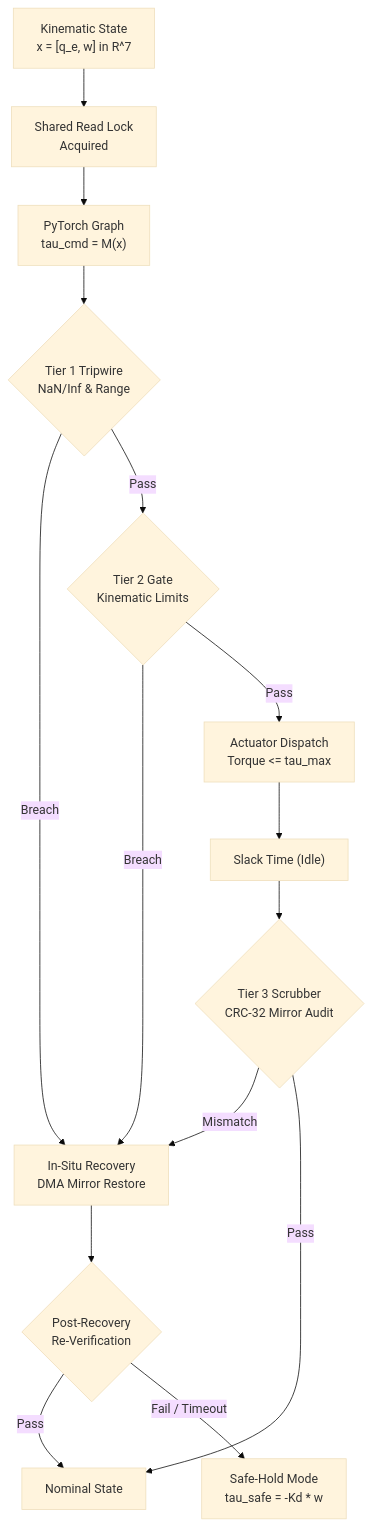
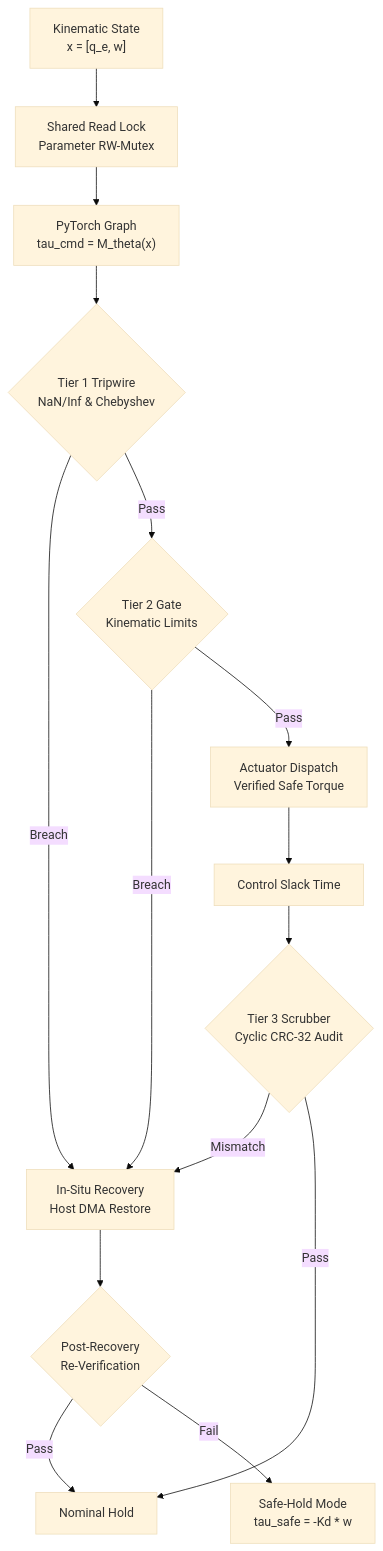
The first of 2 diagrams in README.md (gangasagar5928/ZOG-AI), drawn with Mermaid (base theme) before and after one commit. The commit also changed other lines of this file and 13 other files, not shown here.

Commit message:
fix: resolve review findings on kinematics consistency, injector bias, safe-hold mtq, emblem logos, and benchmark reporting

````diff
--- a/README.md
+++ b/README.md
@@ -97,21 +97,21 @@
 ```mermaid
 flowchart TD
-    Inp["Kinematic State<br/>x = [q_e, w] in R^7"] --> Lock["Shared Read Lock<br/>Acquired"]
-    Lock --> Inf["PyTorch Graph<br/>tau_cmd = M(x)"]
-    Inf --> T1{"Tier 1 Tripwire<br/>NaN/Inf & Range"}
+    Inp["Kinematic State<br/>x = [q_e, w]"] --> Lock["Shared Read Lock<br/>Parameter RW-Mutex"]
+    Lock --> Inf["PyTorch Graph<br/>tau_cmd = M_theta(x)"]
+    Inf --> T1{"Tier 1 Tripwire<br/>NaN/Inf & Chebyshev"}
     
-    T1 -- Breach --> Rec["In-Situ Recovery<br/>DMA Mirror Restore"]
+    T1 -- Breach --> Rec["In-Situ Recovery<br/>Host DMA Restore"]
     T1 -- Pass --> T2{"Tier 2 Gate<br/>Kinematic Limits"}
     
     T2 -- Breach --> Rec
-    T2 -- Pass --> Act["Actuator Dispatch<br/>Torque <= tau_max"]
+    T2 -- Pass --> Act["Actuator Dispatch<br/>Verified Safe Torque"]
     
-    Act --> Slack["Slack Time (Idle)"]
-    Slack --> T3{"Tier 3 Scrubber<br/>CRC-32 Mirror Audit"}
+    Act --> Slack["Control Slack Time"]
+    Slack --> T3{"Tier 3 Scrubber<br/>Cyclic CRC-32 Audit"}
     T3 -- Mismatch --> Rec
-    T3 -- Pass --> Nom["Nominal State"]
+    T3 -- Pass --> Nom["Nominal Hold"]
     
     Rec --> Reeval{"Post-Recovery<br/>Re-Verification"}
     Reeval -- Pass --> Nom
-    Reeval -- Fail / Timeout --> Safe["Safe-Hold Mode<br/>tau_safe = -Kd * w"]
+    Reeval -- Fail --> Safe["Safe-Hold Mode<br/>tau_safe = -Kd * w"]
 ```
````
